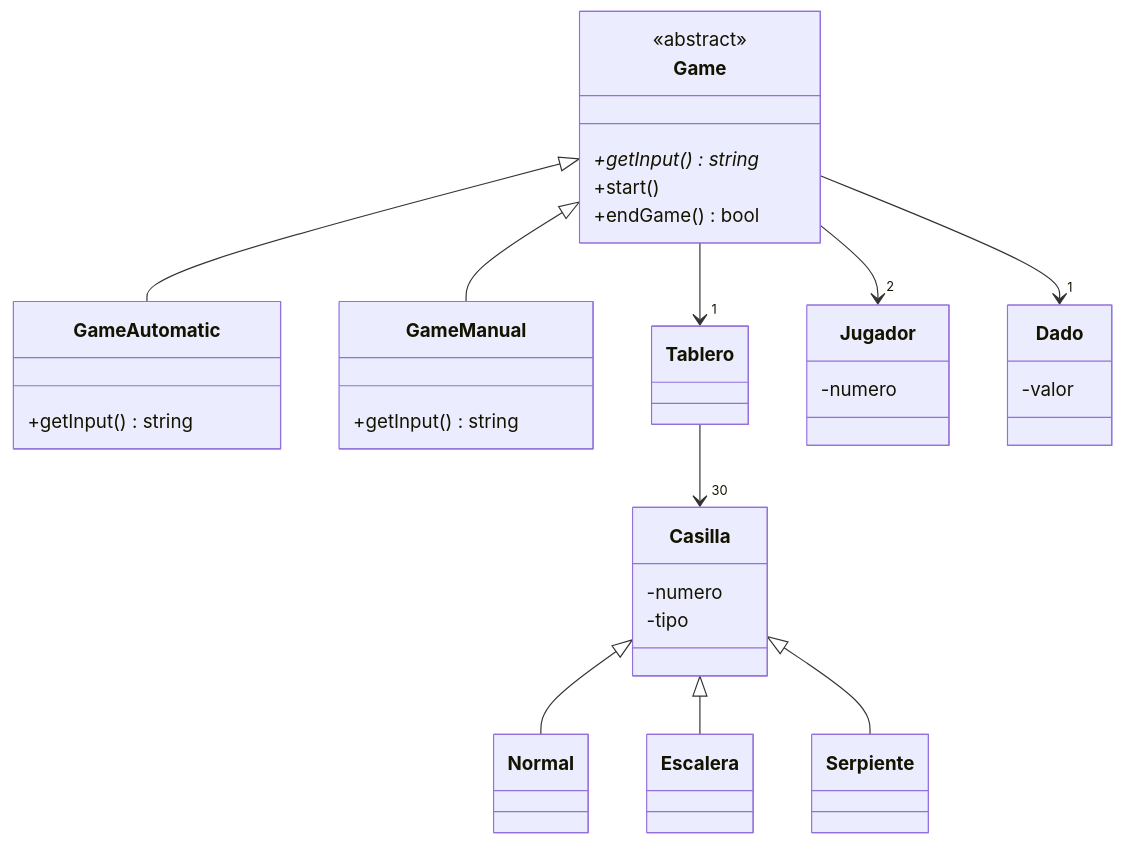
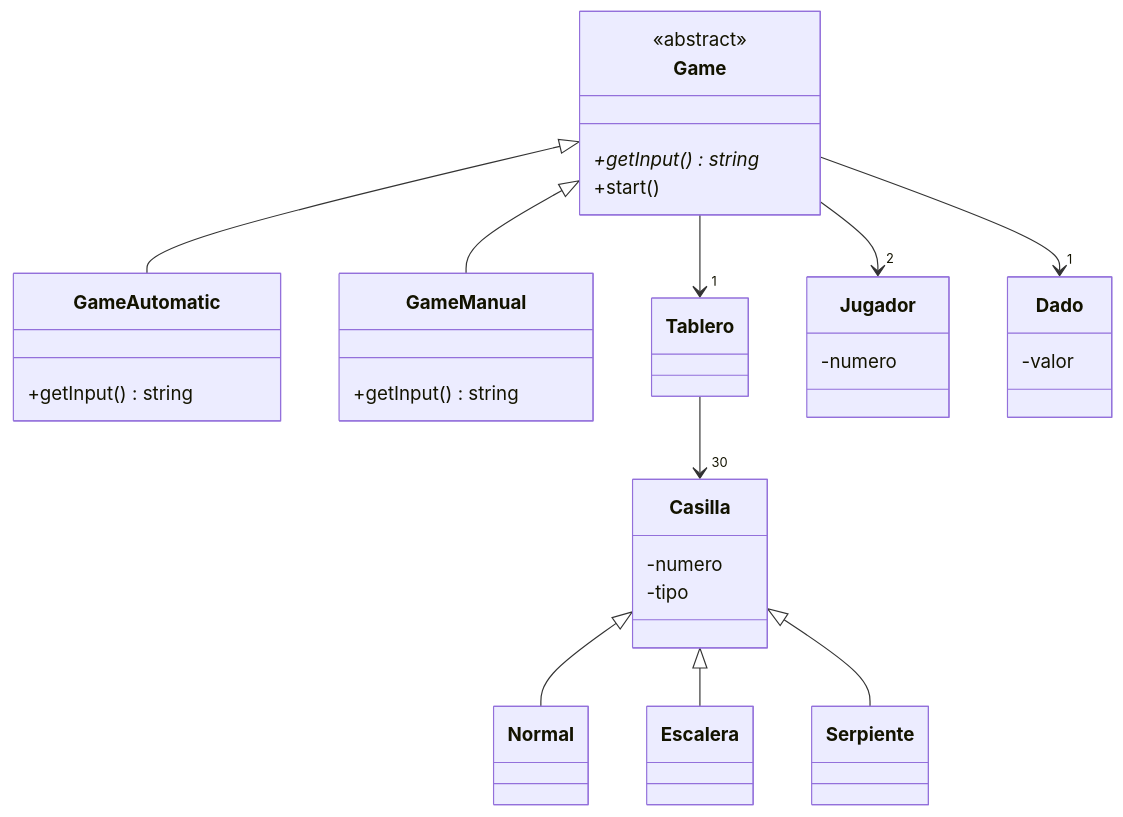
The diagram in README.md (CLA-TC1030/s3t2.sye), drawn with Mermaid before and after one commit.

````diff
--- a/README.md
+++ b/README.md
@@ -9,24 +9,24 @@
 ```mermaid
 classDiagram
       class Game
       <<abstract>> Game
       Game <|-- GameAutomatic
       Game <|-- GameManual
       Casilla <|-- Normal
       Casilla <|-- Escalera
       Casilla <|-- Serpiente
       Tablero --> "30" Casilla
       Game --> "1" Tablero
       Game --> "2" Jugador
       Game --> "1" Dado
       
       Game:+getInput()* string
       Game:+start()
-      Game:+endGame() bool
+  
       GameAutomatic:+getInput() string
       GameManual:+getInput() string
       Jugador: -numero
       Casilla: -numero
       Casilla: -tipo
       Dado: -valor
 ```
````
